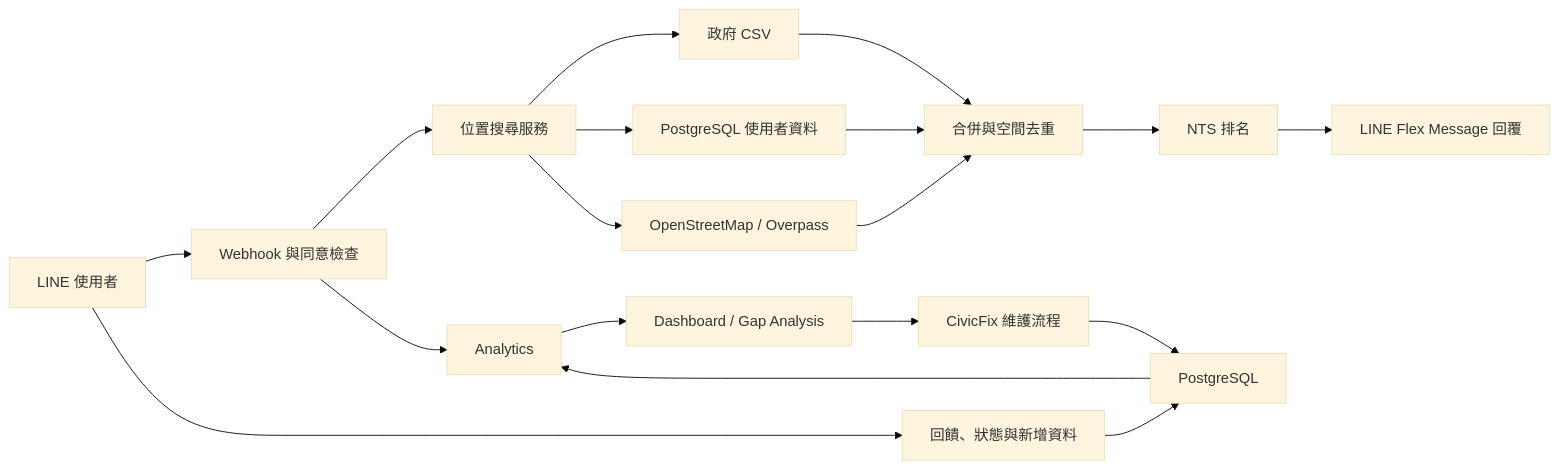
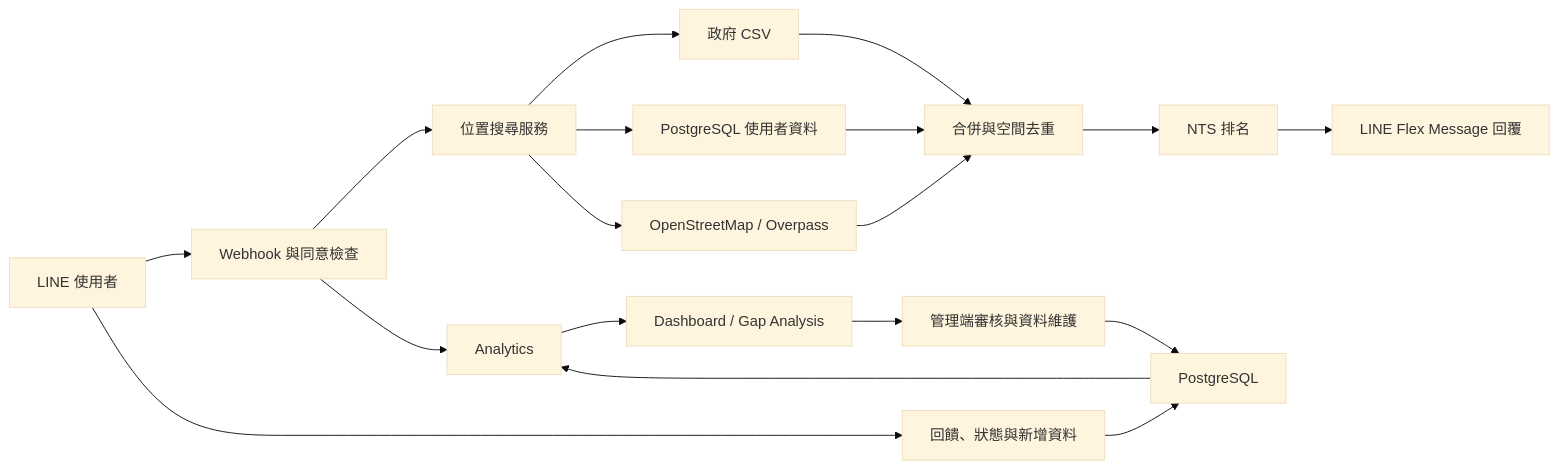
Before and after one commit to eason11133/toilet-bot: the diagram in README.md, drawn with Mermaid (base theme). The commit also changed other lines of this file and 24 other files, not shown here.

````diff
--- a/README.md
+++ b/README.md
@@ -27,20 +27,20 @@
 ```mermaid
 flowchart LR
     U["LINE 使用者"] --> W["Webhook 與同意檢查"]
     W --> Q["位置搜尋服務"]
     Q --> D1["政府 CSV"]
     Q --> D2["PostgreSQL 使用者資料"]
     Q --> D3["OpenStreetMap / Overpass"]
     D1 --> M["合併與空間去重"]
     D2 --> M
     D3 --> M
     M --> N["NTS 排名"]
     N --> R["LINE Flex Message 回覆"]
     U --> F["回饋、狀態與新增資料"]
     F --> DB["PostgreSQL"]
     W --> A["Analytics"]
     DB --> A
     A --> G["Dashboard / Gap Analysis"]
-    G --> C["CivicFix 維護流程"]
+    G --> C["管理端審核與資料維護"]
     C --> DB
 ```
````
